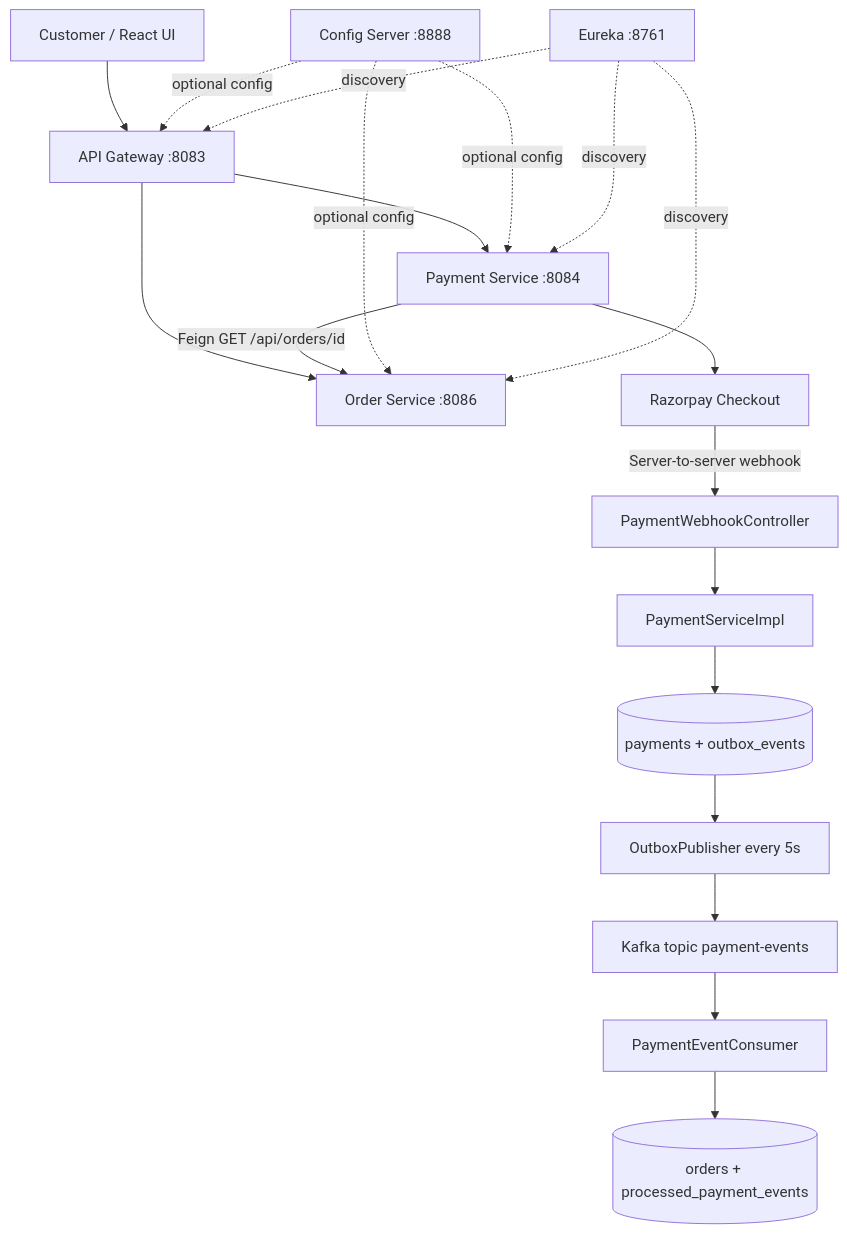
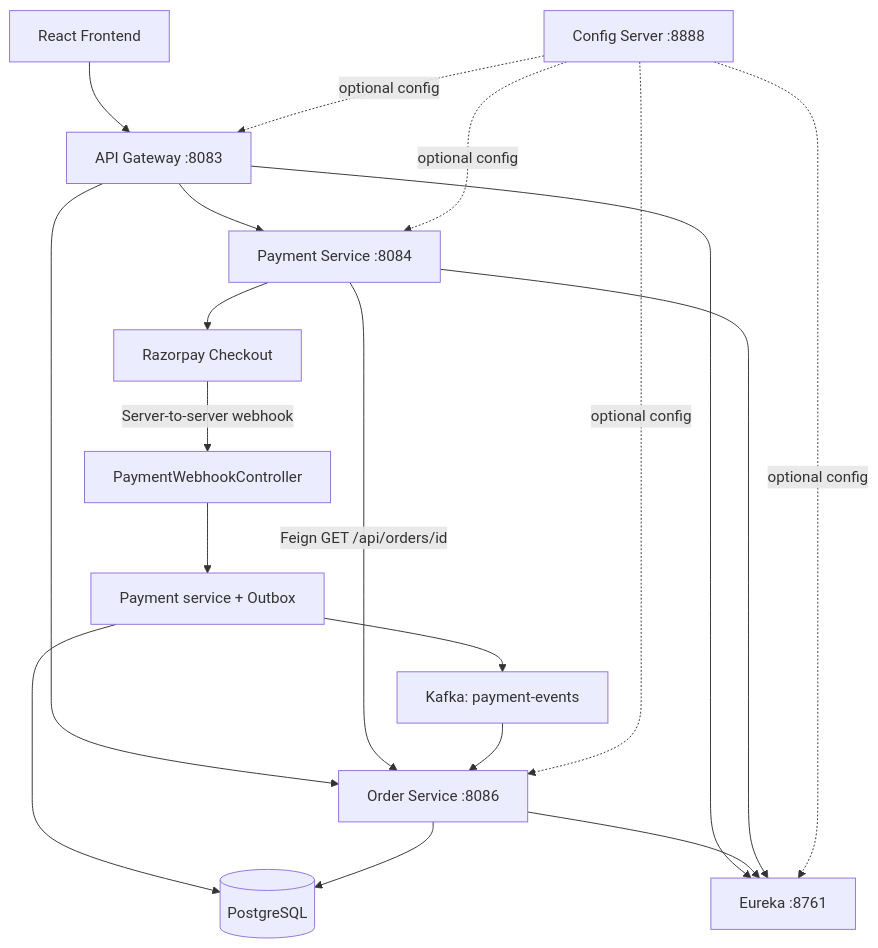
The diagram in README.md (salman-faris-21/streamguard), drawn with Mermaid before and after one commit. The commit also changed other lines of this file and 24 other files, not shown here.

````diff
--- a/README.md
+++ b/README.md
@@ -38,21 +33,21 @@
 ```mermaid
 flowchart TD
-    U[Customer / React UI] --> G[API Gateway :8083]
-    G --> O[Order Service :8086]
-    G --> P[Payment Service :8084]
-    P -->|Feign GET /api/orders/id| O
-    P --> R[Razorpay Checkout]
+    A[React Frontend] --> B[API Gateway :8083]
+    B --> C[Order Service :8086]
+    B --> D[Payment Service :8084]
+    D -->|Feign GET /api/orders/id| C
+    D --> R[Razorpay Checkout]
     R -->|Server-to-server webhook| W[PaymentWebhookController]
-    W --> S[PaymentServiceImpl]
-    S --> DBP[(payments + outbox_events)]
-    DBP --> PUB[OutboxPublisher every 5s]
-    PUB --> K[Kafka topic payment-events]
-    K --> C[PaymentEventConsumer]
-    C --> DBO[(orders + processed_payment_events)]
-    CS[Config Server :8888] -. optional config .-> G
-    CS -. optional config .-> O
-    CS -. optional config .-> P
-    E[Eureka :8761] -. discovery .-> G
-    E -. discovery .-> O
-    E -. discovery .-> P
+    W --> S[Payment service + Outbox]
+    S --> E[(PostgreSQL)]
+    C --> E
+    S --> F[Kafka: payment-events]
+    F --> C
+    B --> G[Eureka :8761]
+    C --> G
+    D --> G
+    H[Config Server :8888] -. optional config .-> B
+    H -. optional config .-> C
+    H -. optional config .-> D
+    H -. optional config .-> G
 ```
````
